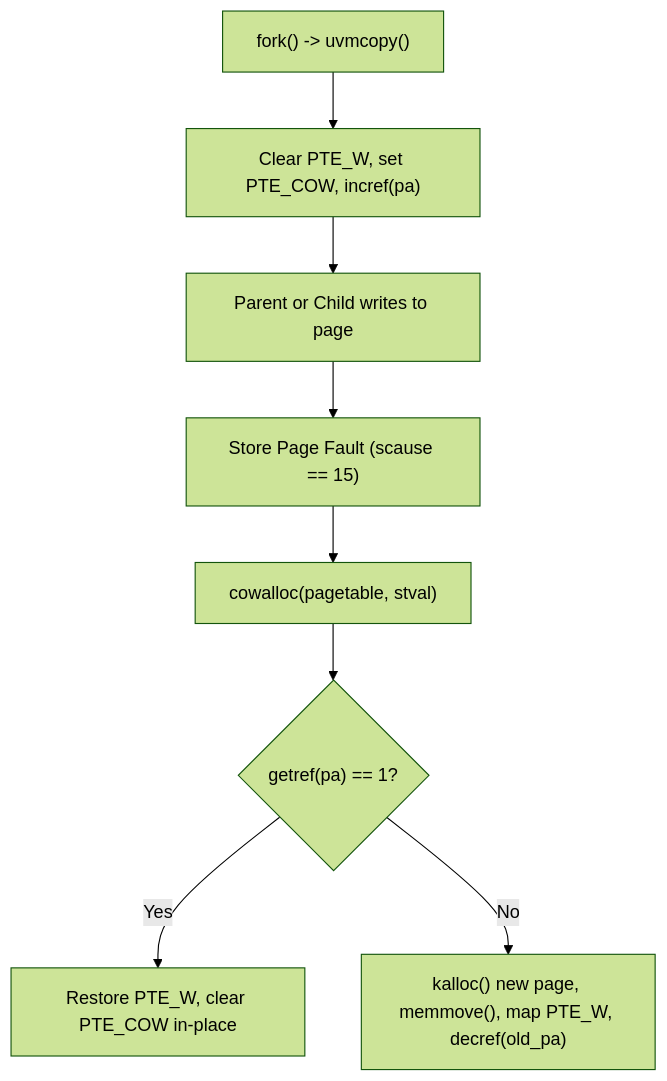
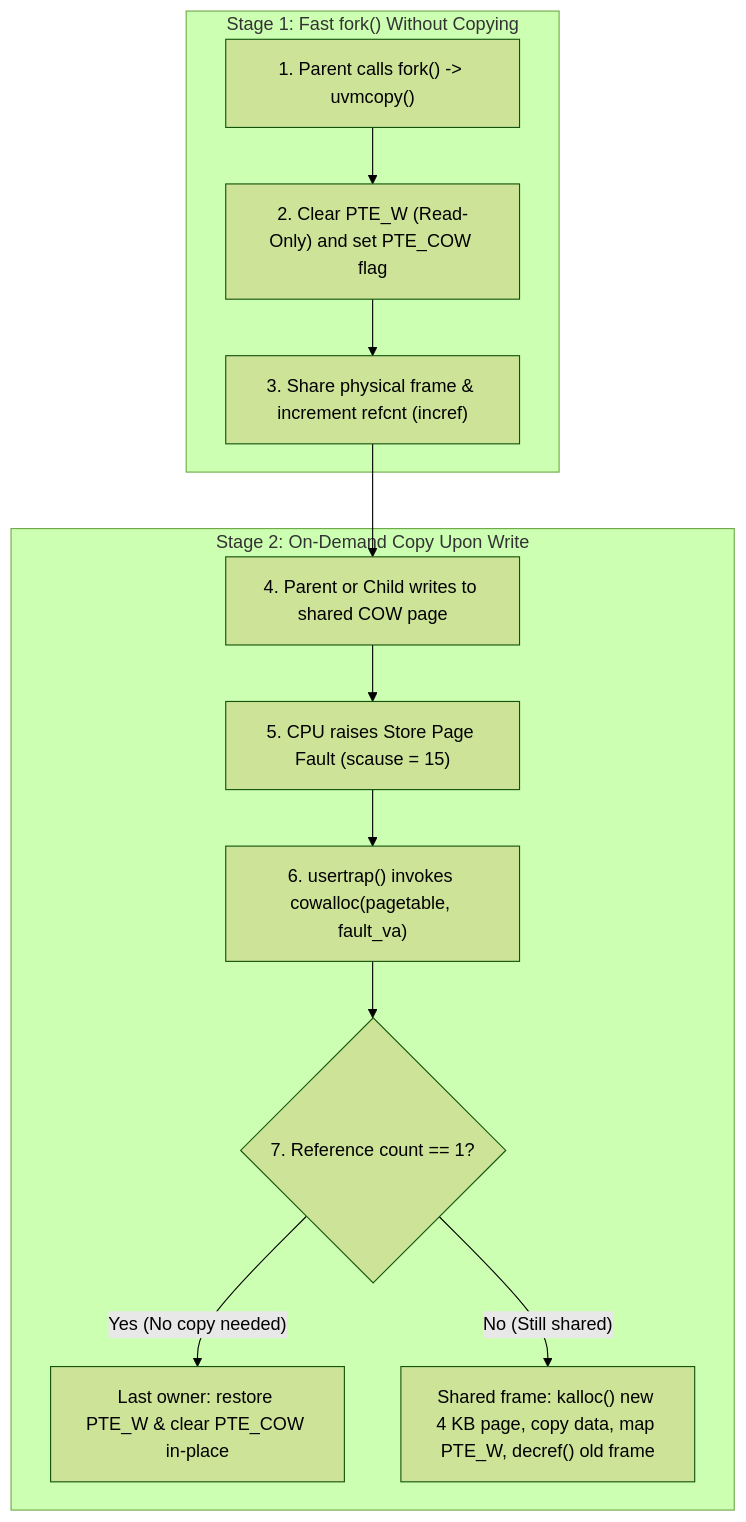
The fifth of 21 diagrams in README.md (asbahkhan67-ctrl/xv6-riscv), drawn with Mermaid (forest theme) before and after one commit. The commit also changed other lines of this file, not shown here.

````diff
--- a/README.md
+++ b/README.md
@@ -228,10 +282,23 @@
 ```mermaid
 flowchart TD
-    F["fork() -> uvmcopy()"] --> S["Clear PTE_W, set PTE_COW, incref(pa)"]
-    S --> W["Parent or Child writes to page"]
-    W --> PF["Store Page Fault (scause == 15)"]
-    PF --> CA["cowalloc(pagetable, stval)"]
-    CA --> RC{"getref(pa) == 1?"}
-    RC -- "Yes" --> RW["Restore PTE_W, clear PTE_COW in-place"]
-    RC -- "No" --> CP["kalloc() new page, memmove(), map PTE_W, decref(old_pa)"]
+    subgraph Phase1["Stage 1: Fast fork() Without Copying"]
+        F1["1. Parent calls fork() -> uvmcopy()"]
+        F2["2. Clear PTE_W (Read-Only) and set PTE_COW flag"]
+        F3["3. Share physical frame & increment refcnt (incref)"]
+        F1 --> F2 --> F3
+    end
+
+    subgraph Phase2["Stage 2: On-Demand Copy Upon Write"]
+        W1["4. Parent or Child writes to shared COW page"]
+        W2["5. CPU raises Store Page Fault (scause = 15)"]
+        W3["6. usertrap() invokes cowalloc(pagetable, fault_va)"]
+        W4{"7. Reference count == 1?"}
+        W5["Last owner: restore PTE_W & clear PTE_COW in-place"]
+        W6["Shared frame: kalloc() new 4 KB page, copy data, map PTE_W, decref() old frame"]
+        W1 --> W2 --> W3 --> W4
+        W4 -- "Yes (No copy needed)" --> W5
+        W4 -- "No (Still shared)" --> W6
+    end
+
+    F3 --> W1
 ```
````
